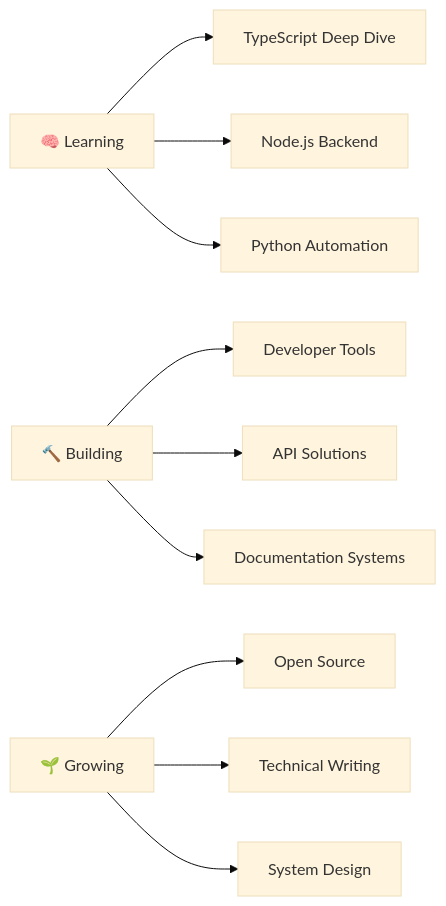
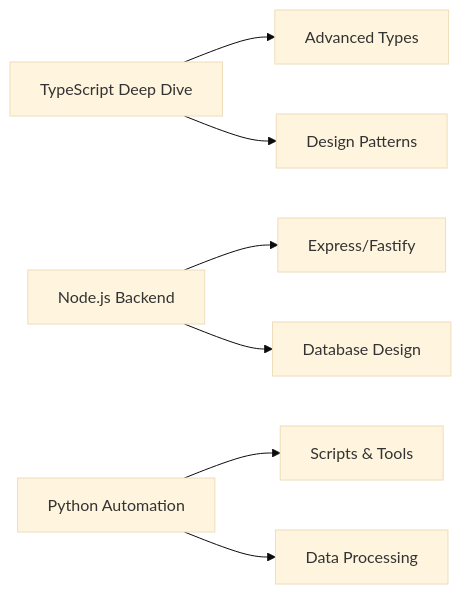
Before and after one commit to rafactx/rafactx: the diagram in README.md, drawn with Mermaid (base theme). The commit also changed other lines of this file, not shown here.

````diff
--- a/README.md
+++ b/README.md
@@ -172,14 +184,11 @@
-  ```mermaid
-  graph LR
-    A[🧠 Learning] --> B[TypeScript Deep Dive]
-    A --> C[Node.js Backend]
-    A --> D[Python Automation]
+```mermaid
+graph LR
+    A[TypeScript Deep Dive] --> B[Advanced Types]
+    A --> C[Design Patterns]
     
-    E[🔨 Building] --> F[Developer Tools]
-    E --> G[API Solutions]
-    E --> H[Documentation Systems]
+    D[Node.js Backend] --> E[Express/Fastify]
+    D --> F[Database Design]
     
-    I[🌱 Growing] --> J[Open Source]
-    I --> K[Technical Writing]
-    I --> L[System Design]
-  ```
+    G[Python Automation] --> H[Scripts & Tools]
+    G --> I[Data Processing]
+```
````
